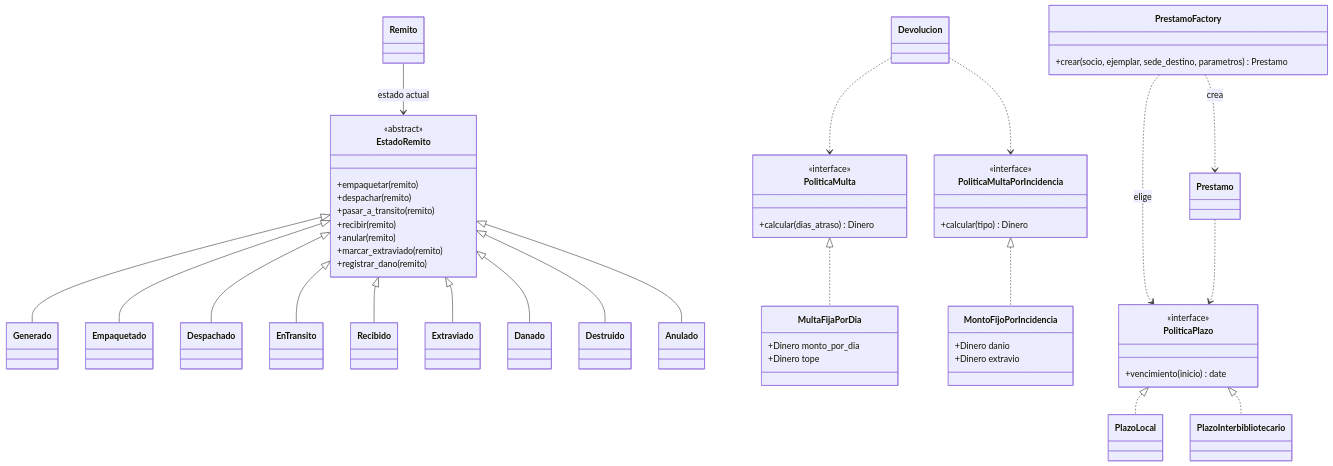
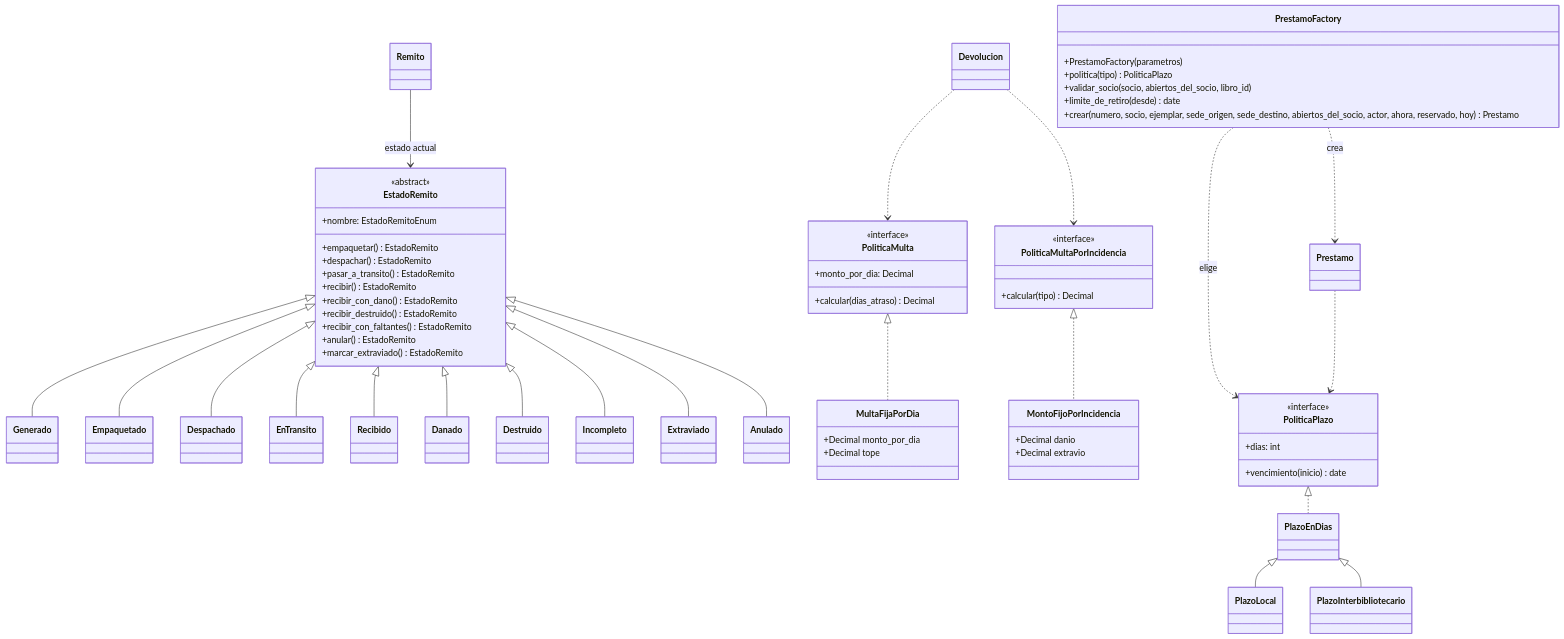
Before and after one commit to Maximiliano018/TPI-DAO: the fifth of 6 diagrams in docs/tecnica/02-modelo-de-clases.md, drawn with Mermaid. The commit also changed other lines of this file and 136 other files, not shown here.

````diff
--- a/docs/tecnica/02-modelo-de-clases.md
+++ b/docs/tecnica/02-modelo-de-clases.md
@@ -250,70 +387,70 @@
 ```mermaid
 classDiagram
     class EstadoRemito {
         <<abstract>>
-        +empaquetar(remito)
-        +despachar(remito)
-        +pasar_a_transito(remito)
-        +recibir(remito)
-        +anular(remito)
-        +marcar_extraviado(remito)
-        +registrar_dano(remito)
+        +nombre: EstadoRemitoEnum
+        +empaquetar() EstadoRemito
+        +despachar() EstadoRemito
+        +pasar_a_transito() EstadoRemito
+        +recibir() EstadoRemito
+        +recibir_con_dano() EstadoRemito
+        +recibir_destruido() EstadoRemito
+        +recibir_con_faltantes() EstadoRemito
+        +anular() EstadoRemito
+        +marcar_extraviado() EstadoRemito
     }
-    class Generado
-    class Empaquetado
-    class Despachado
-    class EnTransito
-    class Recibido
-    class Extraviado
-    class Danado
-    class Destruido
-    class Anulado
     EstadoRemito <|-- Generado
     EstadoRemito <|-- Empaquetado
     EstadoRemito <|-- Despachado
     EstadoRemito <|-- EnTransito
     EstadoRemito <|-- Recibido
-    EstadoRemito <|-- Extraviado
     EstadoRemito <|-- Danado
     EstadoRemito <|-- Destruido
+    EstadoRemito <|-- Incompleto
+    EstadoRemito <|-- Extraviado
     EstadoRemito <|-- Anulado
     Remito --> EstadoRemito : estado actual
 
     class PoliticaMulta {
         <<interface>>
-        +calcular(dias_atraso) Dinero
+        +monto_por_dia: Decimal
+        +calcular(dias_atraso) Decimal
     }
     class MultaFijaPorDia {
-        +Dinero monto_por_dia
-        +Dinero tope
+        +Decimal monto_por_dia
+        +Decimal tope
     }
     PoliticaMulta <|.. MultaFijaPorDia
 
     class PoliticaMultaPorIncidencia {
         <<interface>>
-        +calcular(tipo) Dinero
+        +calcular(tipo) Decimal
     }
     class MontoFijoPorIncidencia {
-        +Dinero danio
-        +Dinero extravio
+        +Decimal danio
+        +Decimal extravio
     }
     PoliticaMultaPorIncidencia <|.. MontoFijoPorIncidencia
 
     class PoliticaPlazo {
         <<interface>>
+        +dias: int
         +vencimiento(inicio) date
     }
-    class PlazoLocal
-    class PlazoInterbibliotecario
-    PoliticaPlazo <|.. PlazoLocal
-    PoliticaPlazo <|.. PlazoInterbibliotecario
+    PoliticaPlazo <|.. PlazoEnDias
+    PlazoEnDias <|-- PlazoLocal
+    PlazoEnDias <|-- PlazoInterbibliotecario
 
     class PrestamoFactory {
-        +crear(socio, ejemplar, sede_destino, parametros) Prestamo
+        +PrestamoFactory(parametros)
+        +politica(tipo) PoliticaPlazo
+        +validar_socio(socio, abiertos_del_socio, libro_id)
+        +limite_de_retiro(desde) date
+        +crear(numero, socio, ejemplar, sede_origen, sede_destino, abiertos_del_socio, actor, ahora, reservado, hoy) Prestamo
     }
     PrestamoFactory ..> Prestamo : crea
     PrestamoFactory ..> PoliticaPlazo : elige
     Prestamo ..> PoliticaPlazo
     Devolucion ..> PoliticaMulta
     Devolucion ..> PoliticaMultaPorIncidencia
 ```
````
